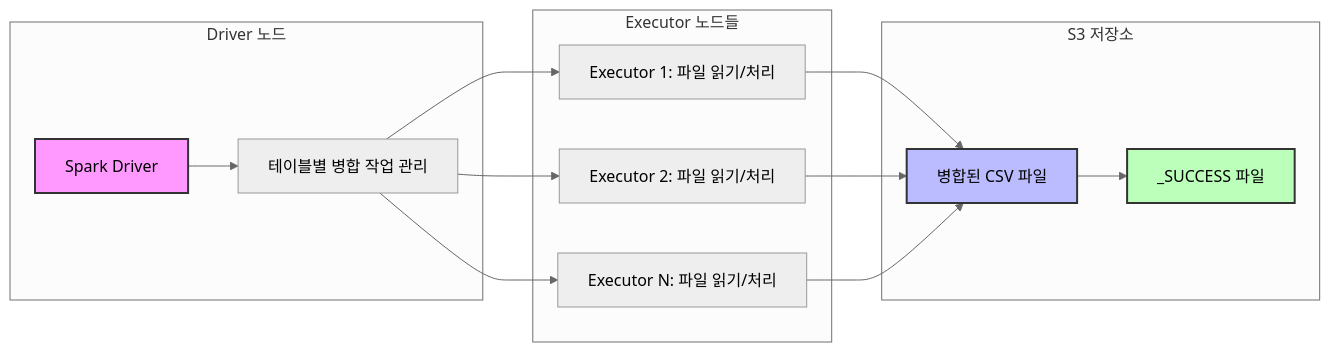
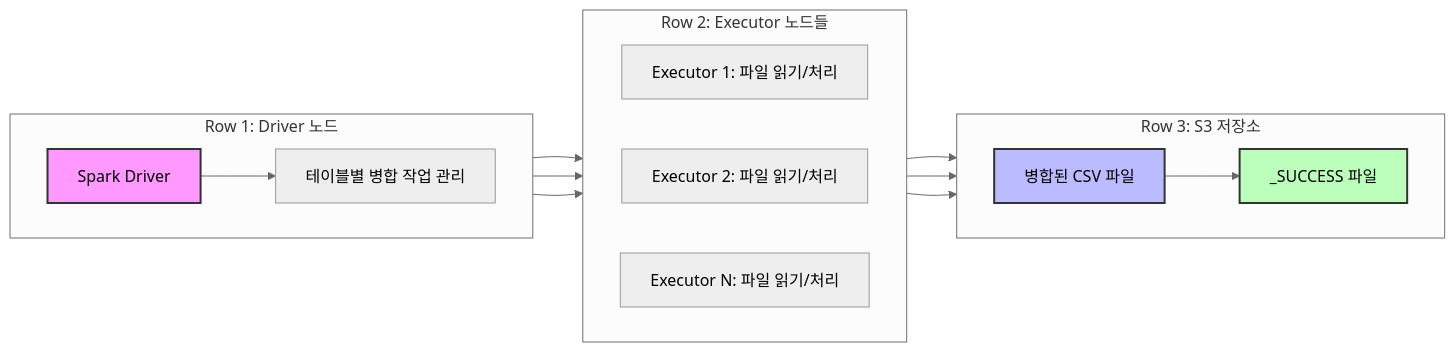
Before and after one commit to yeokyeong-yoon/yeokyeong-yoon.github.io: the eighth of 10 diagrams in _posts/2025-03-18-etl-pipeline.md, drawn with Mermaid (neutral theme). The commit also changed other lines of this file, not shown here.

````diff
--- a/_posts/2025-03-18-etl-pipeline.md
+++ b/_posts/2025-03-18-etl-pipeline.md
@@ -373,33 +457,31 @@
 ```mermaid
 graph LR
-    subgraph "Driver 노드"
-        D1[Spark Driver]
-        D2[테이블별 병합 작업 관리]
+    subgraph "Row 1: Driver 노드"
+        direction LR
+        D1[Spark Driver] --> D2[테이블별 병합 작업 관리]
     end
     
-    subgraph "Executor 노드들"
+    subgraph "Row 2: Executor 노드들"
+        direction LR
         E1[Executor 1: 파일 읽기/처리]
         E3[Executor 2: 파일 읽기/처리]
         E5[Executor N: 파일 읽기/처리]
     end
     
-    subgraph "S3 저장소"
-        S1[병합된 CSV 파일]
-        S2[_SUCCESS 파일]
+    subgraph "Row 3: S3 저장소"
+        direction LR
+        S1[병합된 CSV 파일] --> S2[_SUCCESS 파일]
     end
     
-    D1 --> D2
     D2 --> E1
     D2 --> E3
     D2 --> E5
     
     E1 --> S1
     E3 --> S1
     E5 --> S1
     
-    S1 --> S2
-    
     style D1 fill:#f9f,stroke:#333,stroke-width:2px
     style S1 fill:#bbf,stroke:#333,stroke-width:2px
     style S2 fill:#bfb,stroke:#333,stroke-width:2px
 ```
````
